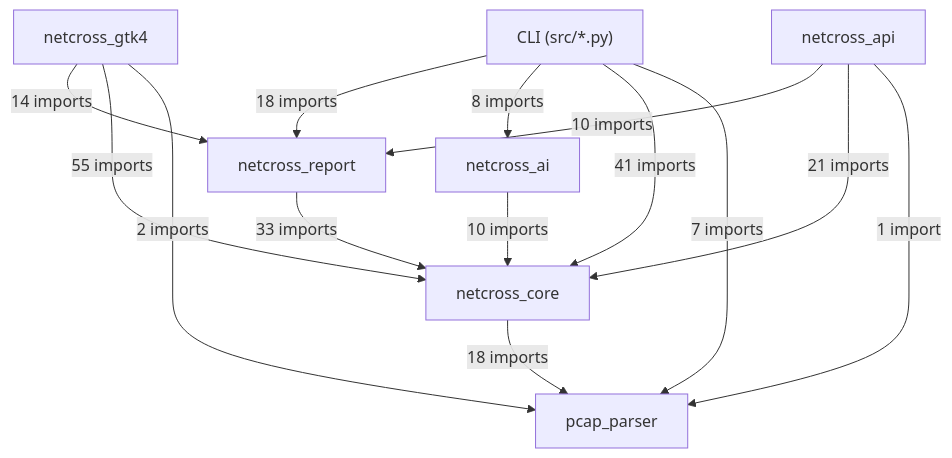
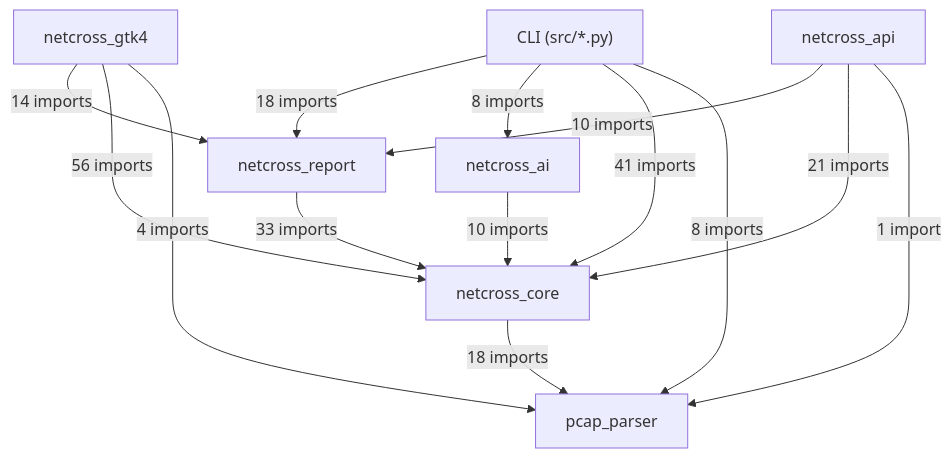
Before and after one commit to Mathide-Team/Netcross: the first of 19 diagrams in docs/class-diagram.md, drawn with Mermaid. The commit also changed other lines of this file and 10 other files, not shown here.

````diff
--- a/docs/class-diagram.md
+++ b/docs/class-diagram.md
@@ -26,23 +26,23 @@
 ```mermaid
 flowchart TD
     CLI["CLI (src/*.py)"]
     netcross_gtk4["netcross_gtk4"]
     netcross_api["netcross_api"]
     netcross_report["netcross_report"]
     netcross_ai["netcross_ai"]
     netcross_core["netcross_core"]
     pcap_parser["pcap_parser"]
     CLI -->|"18 imports"| netcross_report
     CLI -->|"8 imports"| netcross_ai
     CLI -->|"41 imports"| netcross_core
-    CLI -->|"7 imports"| pcap_parser
+    CLI -->|"8 imports"| pcap_parser
     netcross_gtk4 -->|"14 imports"| netcross_report
-    netcross_gtk4 -->|"55 imports"| netcross_core
-    netcross_gtk4 -->|"2 imports"| pcap_parser
+    netcross_gtk4 -->|"56 imports"| netcross_core
+    netcross_gtk4 -->|"4 imports"| pcap_parser
     netcross_api -->|"10 imports"| netcross_report
     netcross_api -->|"21 imports"| netcross_core
     netcross_api -->|"1 import"| pcap_parser
     netcross_report -->|"33 imports"| netcross_core
     netcross_ai -->|"10 imports"| netcross_core
     netcross_core -->|"18 imports"| pcap_parser
 ```
````
